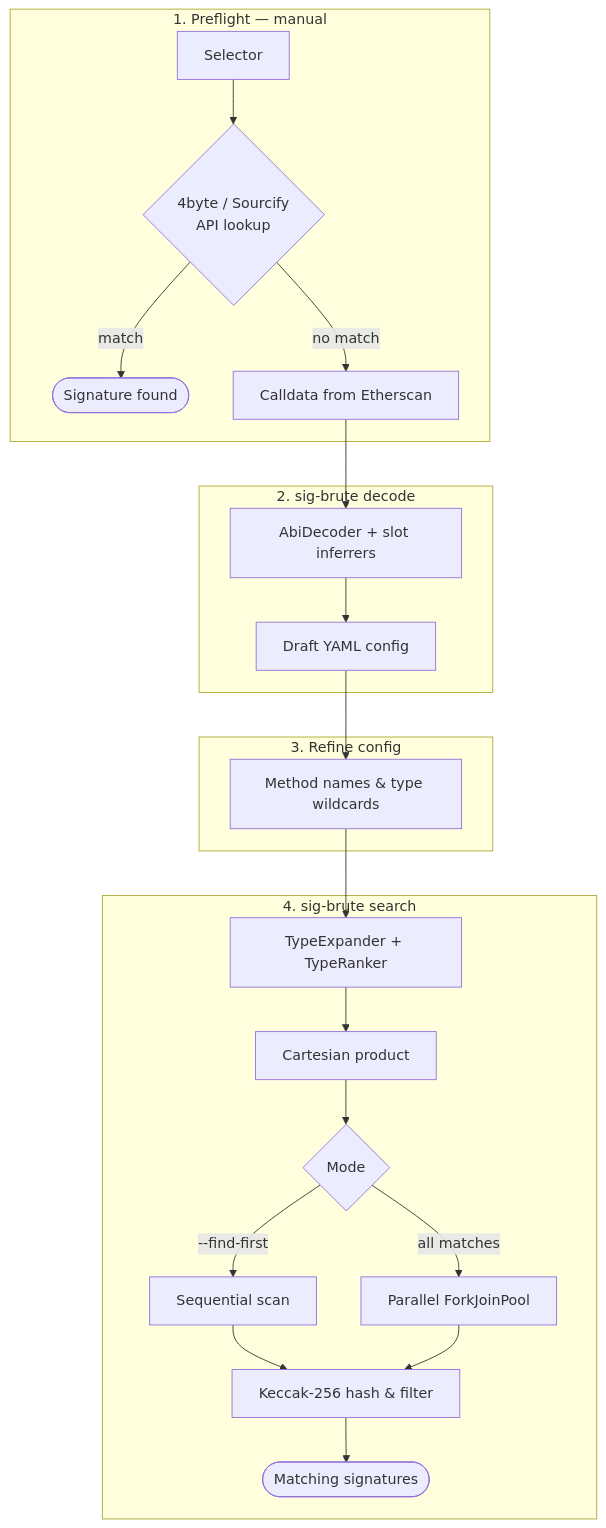
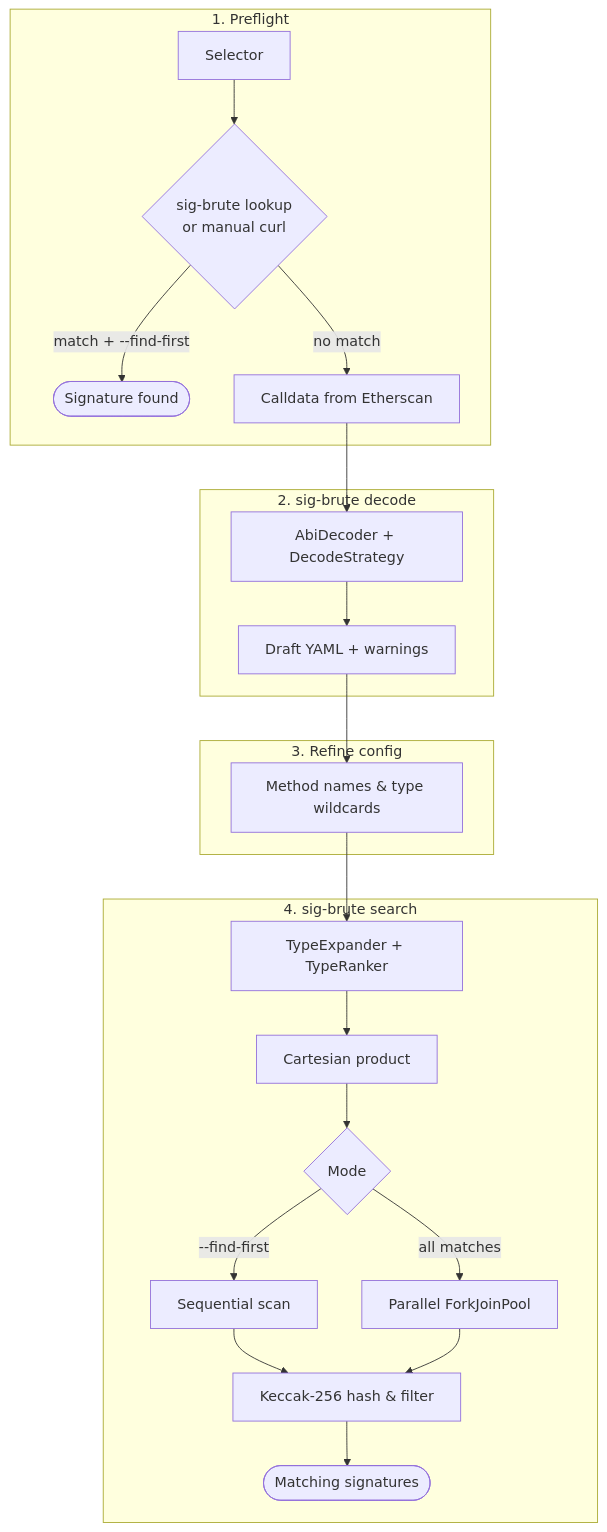
The diagram in README.md (tibetty/sig-brute), drawn with Mermaid before and after one commit. The commit also changed other lines of this file and 97 other files, not shown here.

First line of the commit message:
Refactor decode pipeline with strategies, lookup preflight, and corpus verification.

````diff
--- a/README.md
+++ b/README.md
@@ -76,28 +82,28 @@
 ```mermaid
 flowchart TD
-    subgraph preflight [1. Preflight — manual]
-        A[Selector] --> B{4byte / Sourcify<br/>API lookup}
-        B -->|match| Z([Signature found])
+    subgraph preflight [1. Preflight]
+        A[Selector] --> B{sig-brute lookup<br/>or manual curl}
+        B -->|match + --find-first| Z([Signature found])
         B -->|no match| C[Calldata from Etherscan]
     end
 
     subgraph decodePhase [2. sig-brute decode]
-        C --> D[AbiDecoder + slot inferrers]
-        D --> E[Draft YAML config]
+        C --> D[AbiDecoder + DecodeStrategy]
+        D --> E[Draft YAML + warnings]
     end
 
     subgraph refine [3. Refine config]
         E --> F[Method names & type wildcards]
     end
 
     subgraph searchPhase [4. sig-brute search]
         F --> G[TypeExpander + TypeRanker]
         G --> H[Cartesian product]
         H --> I{Mode}
         I -->|--find-first| J[Sequential scan]
         I -->|all matches| K[Parallel ForkJoinPool]
         J --> L[Keccak-256 hash & filter]
         K --> L
         L --> M([Matching signatures])
     end
 ```
````
